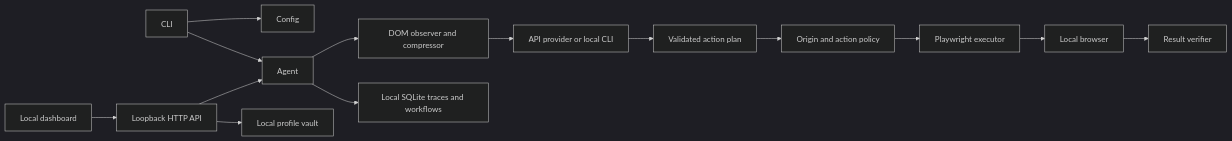
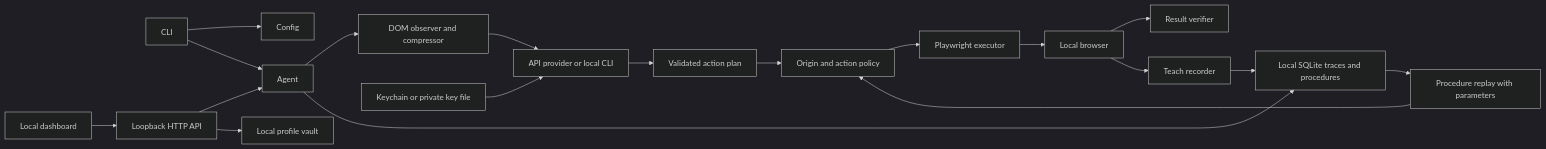
One commit to OthmaneBlial/FreeComputerUse changed the diagram in docs/ARCHITECTURE.md. Above: the diagram before and after it, drawn with Mermaid (dark theme). The commit also changed other lines of this file and 9 other files, not shown here.

````diff
--- a/docs/ARCHITECTURE.md
+++ b/docs/ARCHITECTURE.md
@@ -7,16 +7,21 @@
 ```mermaid
 flowchart LR
   CLI[CLI] --> CONFIG[Config]
   UI[Local dashboard] --> API[Loopback HTTP API]
   API --> AGENT[Agent]
   CLI --> AGENT
   AGENT --> OBS[DOM observer and compressor]
   OBS --> PROVIDER[API provider or local CLI]
   PROVIDER --> SCHEMA[Validated action plan]
   SCHEMA --> POLICY[Origin and action policy]
   POLICY --> EXEC[Playwright executor]
   EXEC --> BROWSER[Local browser]
   BROWSER --> VERIFY[Result verifier]
-  AGENT --> STORE[Local SQLite traces and workflows]
+  AGENT --> STORE[Local SQLite traces and procedures]
   API --> PROFILE[Local profile vault]
+  BROWSER --> REC[Teach recorder]
+  REC --> STORE
+  STORE --> REPLAY[Procedure replay with parameters]
+  REPLAY --> POLICY
+  KEYS[Keychain or private key file] --> PROVIDER
 ```
````
